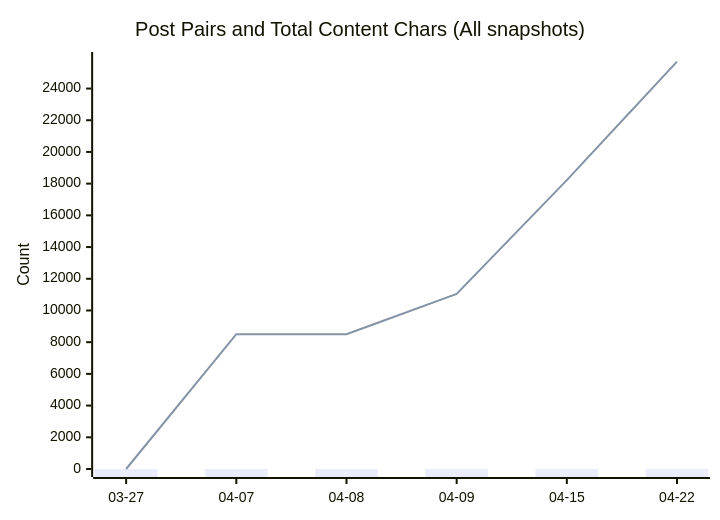
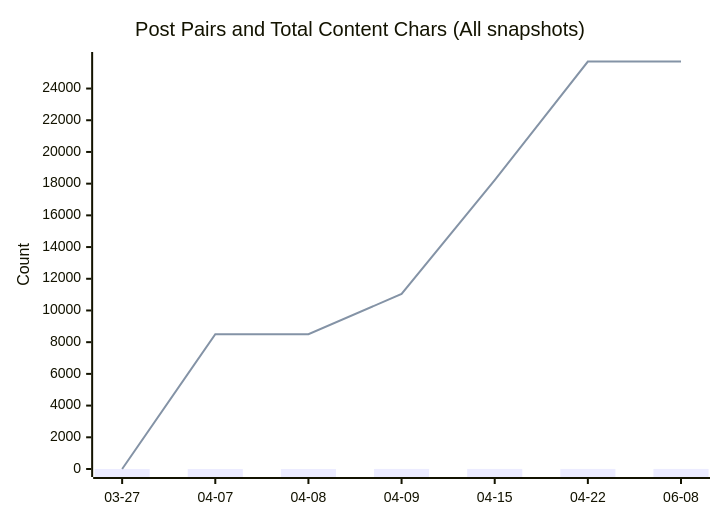
One commit to ttw225/blog changed the diagram in README.md. Above: the diagram before and after it, drawn with Mermaid. The commit also changed other lines of this file and 2 other files, not shown here.

Commit message:
auto: refresh blog stats

````diff
--- a/README.md
+++ b/README.md
@@ -25,8 +25,8 @@
 ```mermaid
 xychart-beta
   title "Post Pairs and Total Content Chars (All snapshots)"
-  x-axis ["03-27", "04-07", "04-08", "04-09", "04-15", "04-22"]
+  x-axis ["03-27", "04-07", "04-08", "04-09", "04-15", "04-22", "06-08"]
   y-axis "Count" 0 --> 25800
-  bar [0, 2, 2, 3, 4, 5]
-  line [0, 8506, 8506, 11042, 18224, 25700]
+  bar [0, 2, 2, 3, 4, 5, 5]
+  line [0, 8506, 8506, 11042, 18224, 25700, 25700]
 ```
````
